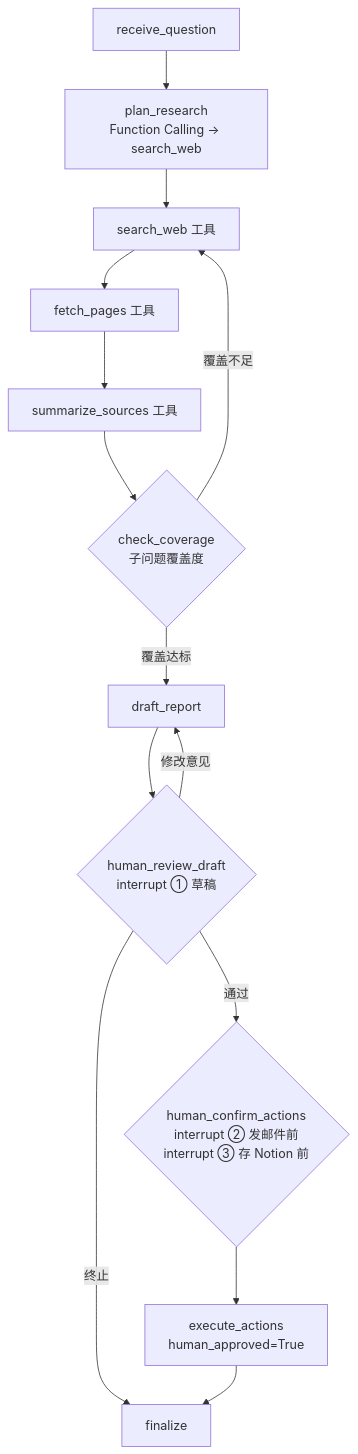
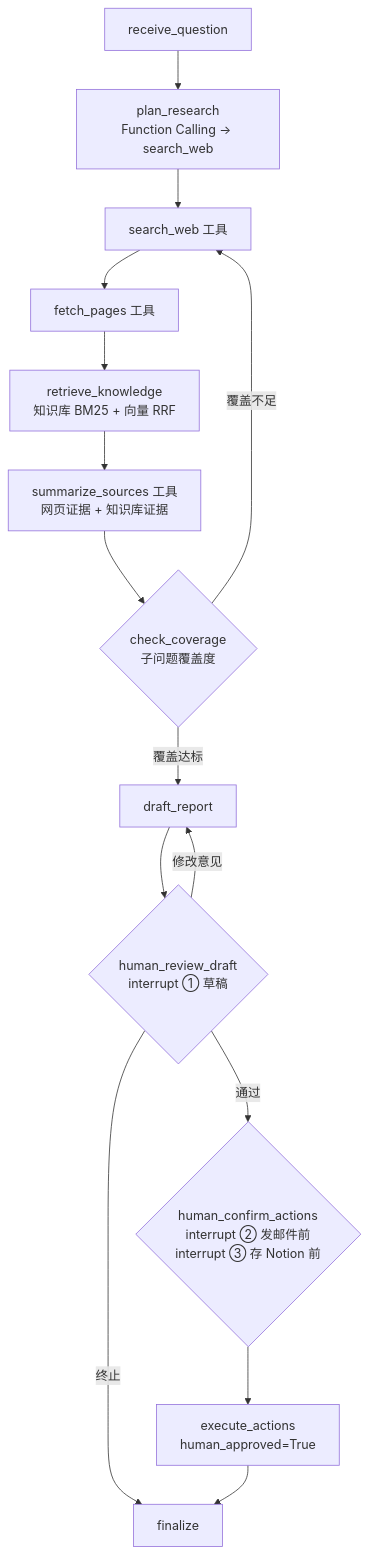
Before and after one commit to zc-hongjian/AI-yanju: the diagram in README.md, drawn with Mermaid. The commit also changed other lines of this file and 24 other files, not shown here.

````diff
--- a/README.md
+++ b/README.md
@@ -16,16 +16,17 @@
 ```mermaid
 flowchart TD
     A[receive_question] --> B[plan_research<br/>Function Calling → search_web]
     B --> C[search_web 工具]
     C --> D[fetch_pages 工具]
-    D --> E[summarize_sources 工具]
+    D --> K[retrieve_knowledge<br/>知识库 BM25 + 向量 RRF]
+    K --> E[summarize_sources 工具<br/>网页证据 + 知识库证据]
     E --> Q{check_coverage<br/>子问题覆盖度}
     Q -- 覆盖不足 --> C
     Q -- 覆盖达标 --> F[draft_report]
     F --> G{human_review_draft<br/>interrupt ① 草稿}
     G -- 通过 --> H{human_confirm_actions<br/>interrupt ② 发邮件前<br/>interrupt ③ 存 Notion 前}
     G -- 修改意见 --> F
     G -- 终止 --> J[finalize]
     H --> I[execute_actions<br/>human_approved=True]
     I --> J
 ```
````
